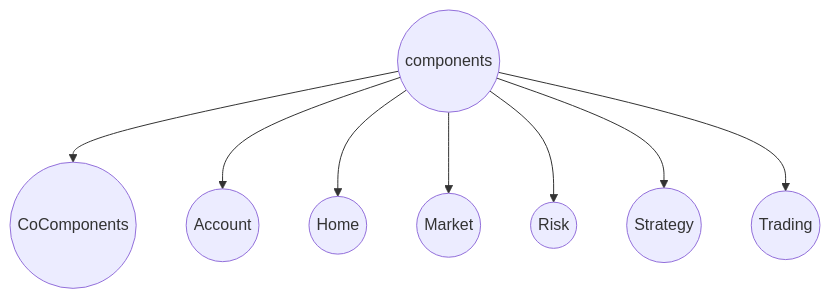
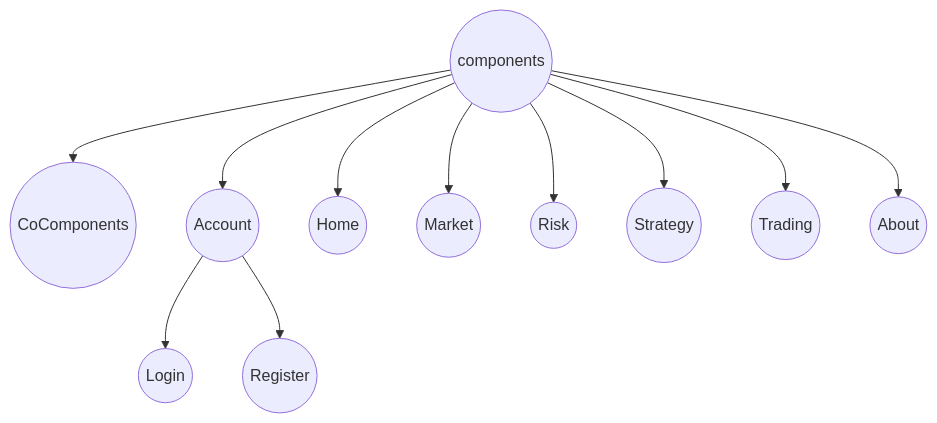
The diagram in README.md (Naturalifica/CitiCup-frontend), drawn with Mermaid before and after one commit. The commit also changed other lines of this file and 7 other files, not shown here.

````diff
--- a/README.md
+++ b/README.md
@@ -21,10 +53,13 @@
 ```mermaid
 graph TD
 a((components))-->c((CoComponents))
 a-->b((Account))
+b-->j((Login))
+b-->k((Register))
 a-->d((Home))
 a-->e((Market))
 a-->f((Risk))
 a-->g((Strategy))
 a-->h((Trading))
+a-->i((About))
 ```
````
